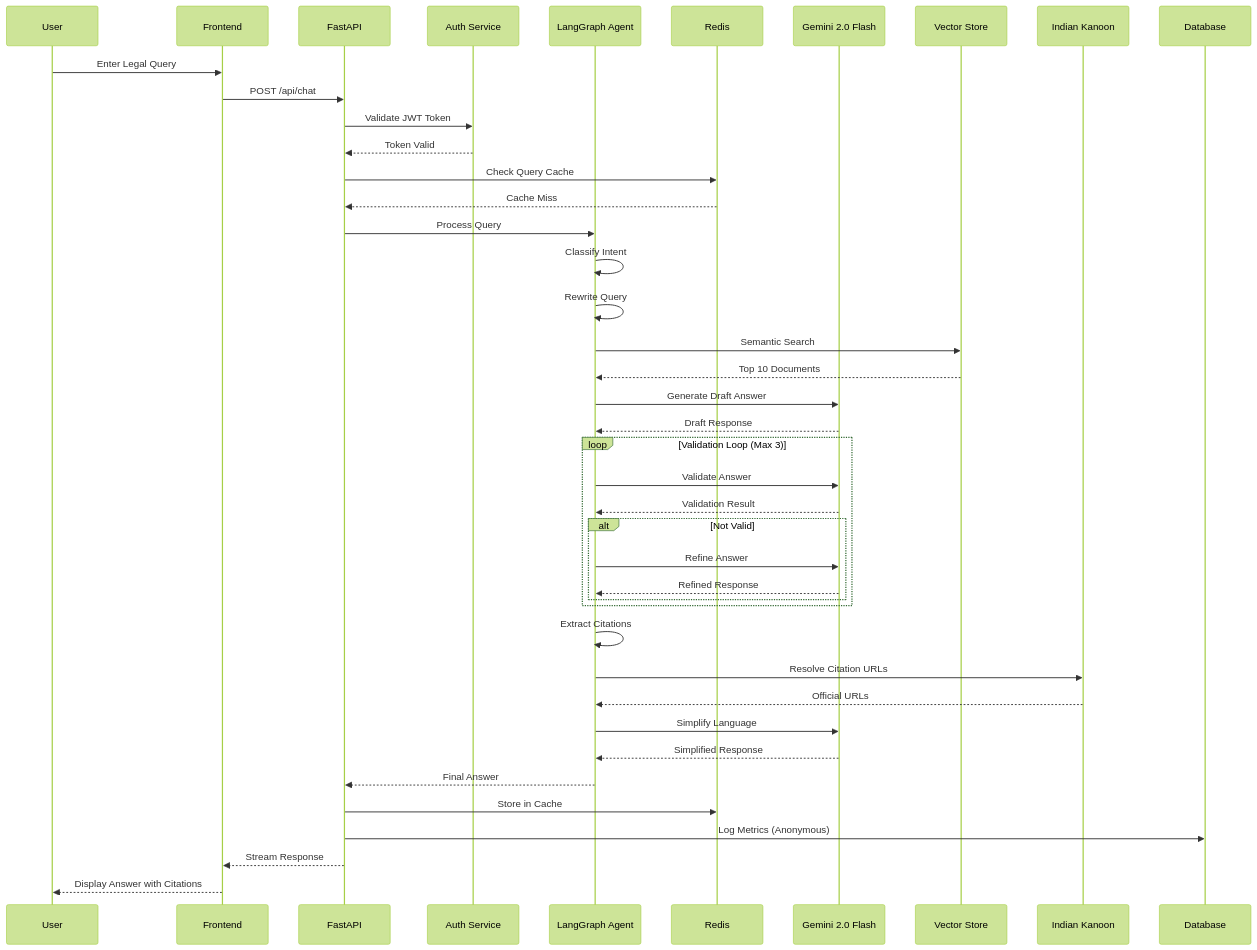
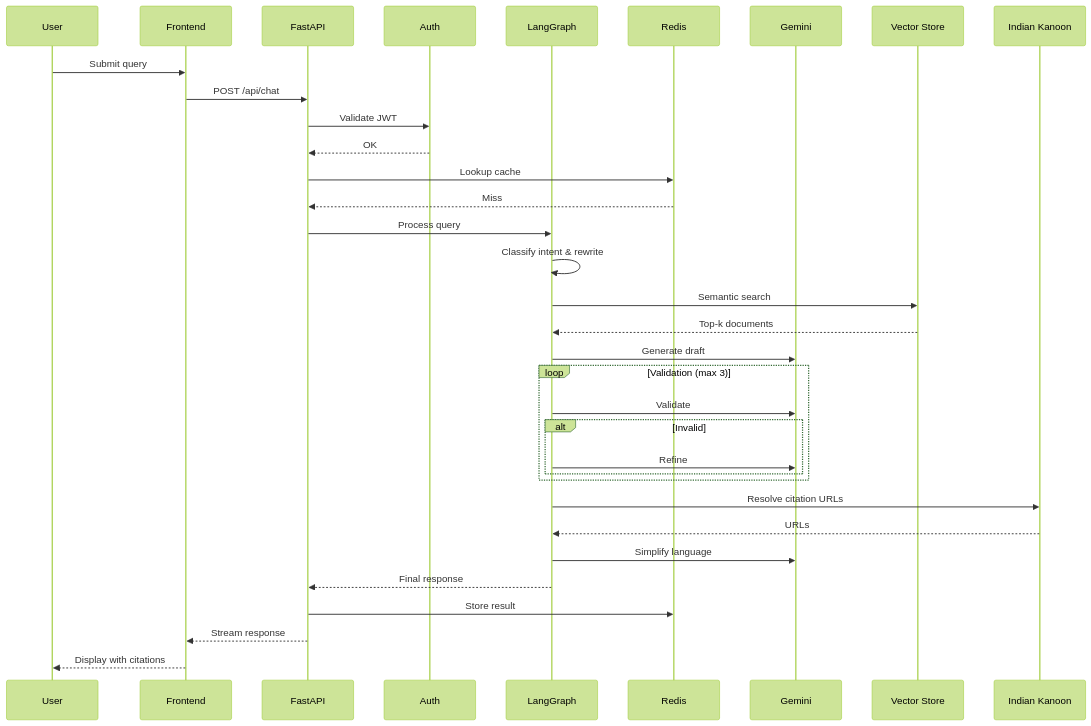
One commit to vinay-arni20/NyayamGPT changed the third of 3 diagrams in README.md. Above: the diagram before and after it, drawn with Mermaid (forest theme). The commit also changed other lines of this file, not shown here.

````diff
--- a/README.md
+++ b/README.md
@@ -280,54 +307,40 @@
 ```mermaid
 sequenceDiagram
     participant U as User
-    participant F as Frontend
+    participant FE as Frontend
     participant API as FastAPI
-    participant Auth as Auth Service
-    participant Agent as LangGraph Agent
+    participant Auth as Auth
+    participant Agent as LangGraph
     participant Cache as Redis
-    participant LLM as Gemini 2.0 Flash
+    participant LLM as Gemini
     participant VS as Vector Store
     participant IK as Indian Kanoon
-    participant DB as Database
-    
-    U->>F: Enter Legal Query
-    F->>API: POST /api/chat
-    API->>Auth: Validate JWT Token
-    Auth-->>API: Token Valid
-    
-    API->>Cache: Check Query Cache
-    Cache-->>API: Cache Miss
-    
-    API->>Agent: Process Query
-    
-    Agent->>Agent: Classify Intent
-    Agent->>Agent: Rewrite Query
-    
-    Agent->>VS: Semantic Search
-    VS-->>Agent: Top 10 Documents
-    
-    Agent->>LLM: Generate Draft Answer
-    LLM-->>Agent: Draft Response
-    
-    loop Validation Loop (Max 3)
-        Agent->>LLM: Validate Answer
-        LLM-->>Agent: Validation Result
-        alt Not Valid
-            Agent->>LLM: Refine Answer
-            LLM-->>Agent: Refined Response
+
+    U->>FE: Submit query
+    FE->>API: POST /api/chat
+    API->>Auth: Validate JWT
+    Auth-->>API: OK
+    API->>Cache: Lookup cache
+    Cache-->>API: Miss
+    API->>Agent: Process query
+
+    Agent->>Agent: Classify intent & rewrite
+    Agent->>VS: Semantic search
+    VS-->>Agent: Top-k documents
+    Agent->>LLM: Generate draft
+
+    loop Validation (max 3)
+        Agent->>LLM: Validate
+        alt Invalid
+            Agent->>LLM: Refine
         end
     end
-    
-    Agent->>Agent: Extract Citations
-    Agent->>IK: Resolve Citation URLs
-    IK-->>Agent: Official URLs
-    
-    Agent->>LLM: Simplify Language
-    LLM-->>Agent: Simplified Response
-    
-    Agent-->>API: Final Answer
-    API->>Cache: Store in Cache
-    API->>DB: Log Metrics (Anonymous)
-    API-->>F: Stream Response
-    F-->>U: Display Answer with Citations
+
+    Agent->>IK: Resolve citation URLs
+    IK-->>Agent: URLs
+    Agent->>LLM: Simplify language
+    Agent-->>API: Final response
+    API->>Cache: Store result
+    API-->>FE: Stream response
+    FE-->>U: Display with citations
 ```
````
